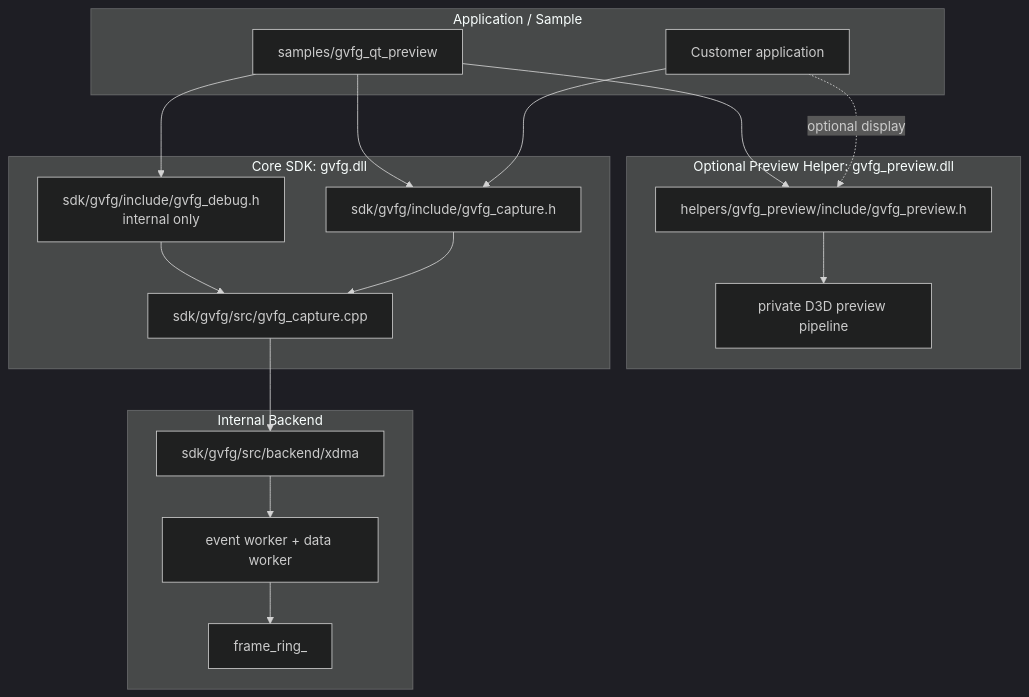
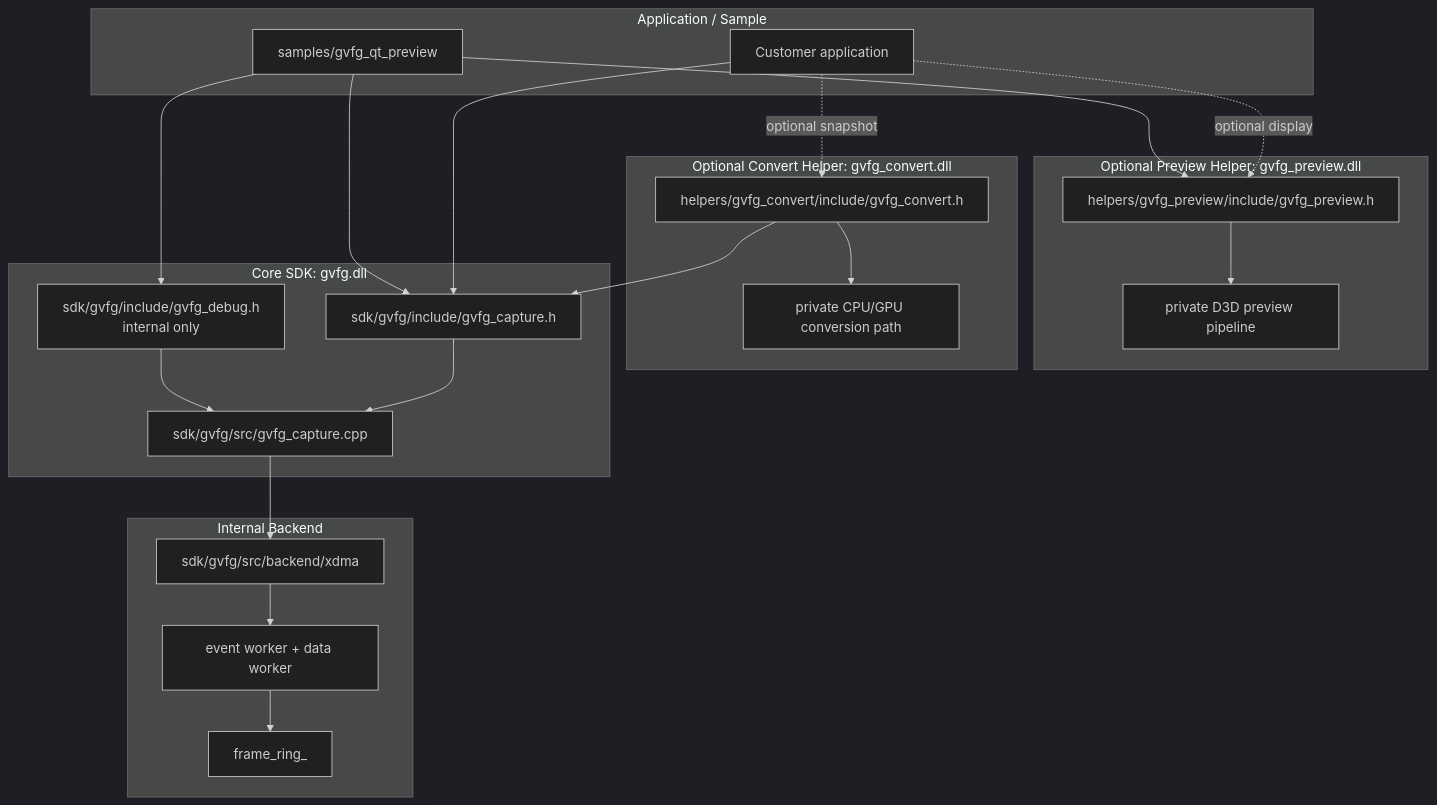
Before and after one commit to MarquezLin/GVFG_Standalone: the diagram in docs/GVFG_INTERNAL_NOTES.md, drawn with Mermaid (dark theme). The commit also changed other lines of this file and 12 other files, not shown here.

First line of the commit message:
Add frame layout API and split conversion helper

````diff
--- a/docs/GVFG_INTERNAL_NOTES.md
+++ b/docs/GVFG_INTERNAL_NOTES.md
@@ -29,36 +33,44 @@
 ```mermaid
 flowchart TD
     subgraph App["Application / Sample"]
         QtApp["samples/gvfg_qt_preview"]
         CustomerApp["Customer application"]
     end
 
     subgraph Preview["Optional Preview Helper: gvfg_preview.dll"]
         PreviewApi["helpers/gvfg_preview/include/gvfg_preview.h"]
         PreviewPipe["private D3D preview pipeline"]
+    end
+
+    subgraph Convert["Optional Convert Helper: gvfg_convert.dll"]
+        ConvertApi["helpers/gvfg_convert/include/gvfg_convert.h"]
+        ConvertPipe["private CPU/GPU conversion path"]
     end
 
     subgraph SDK["Core SDK: gvfg.dll"]
         CaptureApi["sdk/gvfg/include/gvfg_capture.h"]
         DebugApi["sdk/gvfg/include/gvfg_debug.h\ninternal only"]
         Facade["sdk/gvfg/src/gvfg_capture.cpp"]
     end
 
     subgraph Backend["Internal Backend"]
         Xdma["sdk/gvfg/src/backend/xdma"]
         Ring["frame_ring_"]
         Workers["event worker + data worker"]
     end
 
     CustomerApp --> CaptureApi
     CustomerApp -. optional display .-> PreviewApi
+    CustomerApp -. optional snapshot .-> ConvertApi
     QtApp --> CaptureApi
     QtApp --> DebugApi
     QtApp --> PreviewApi
     PreviewApi --> PreviewPipe
+    ConvertApi --> ConvertPipe
+    ConvertApi --> CaptureApi
     CaptureApi --> Facade
     DebugApi --> Facade
     Facade --> Xdma
     Xdma --> Workers
     Workers --> Ring
 ```
````
